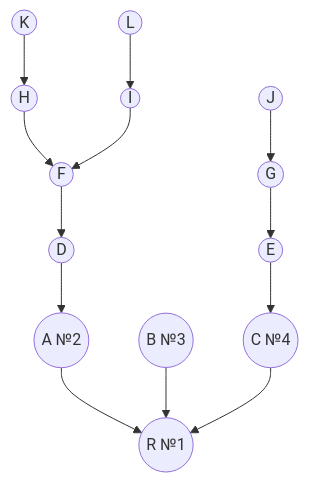
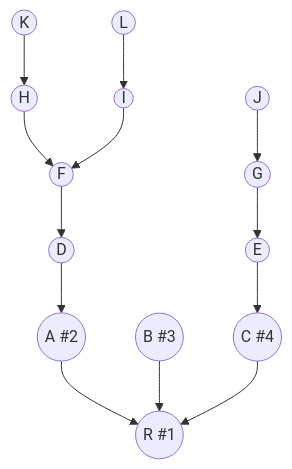
The third of 5 diagrams in task_9/citrine_task_9.md (HSE-algo-23-crow/manual_tasks), drawn with Mermaid before and after one commit. The commit also changed other lines of this file, not shown here.

````diff
--- a/task_9/citrine_task_9.md
+++ b/task_9/citrine_task_9.md
@@ -66,15 +66,15 @@
 ```mermaid
 graph TB
-    D((D))-->A((A №2))
-    E-->C((C №4))
+    D((D))-->A((A #2))
+    E-->C((C #4))
     F-->D
     G-->E((E))
     H-->F((F))
     I-->F
     J((J))-->G((G))
     K((K))-->H((H))
     L((L))-->I((I))
     A-->R
-    B((B №3))-->R
-    C-->R((R №1))
+    B((B #3))-->R
+    C-->R((R #1))
 ```
````
